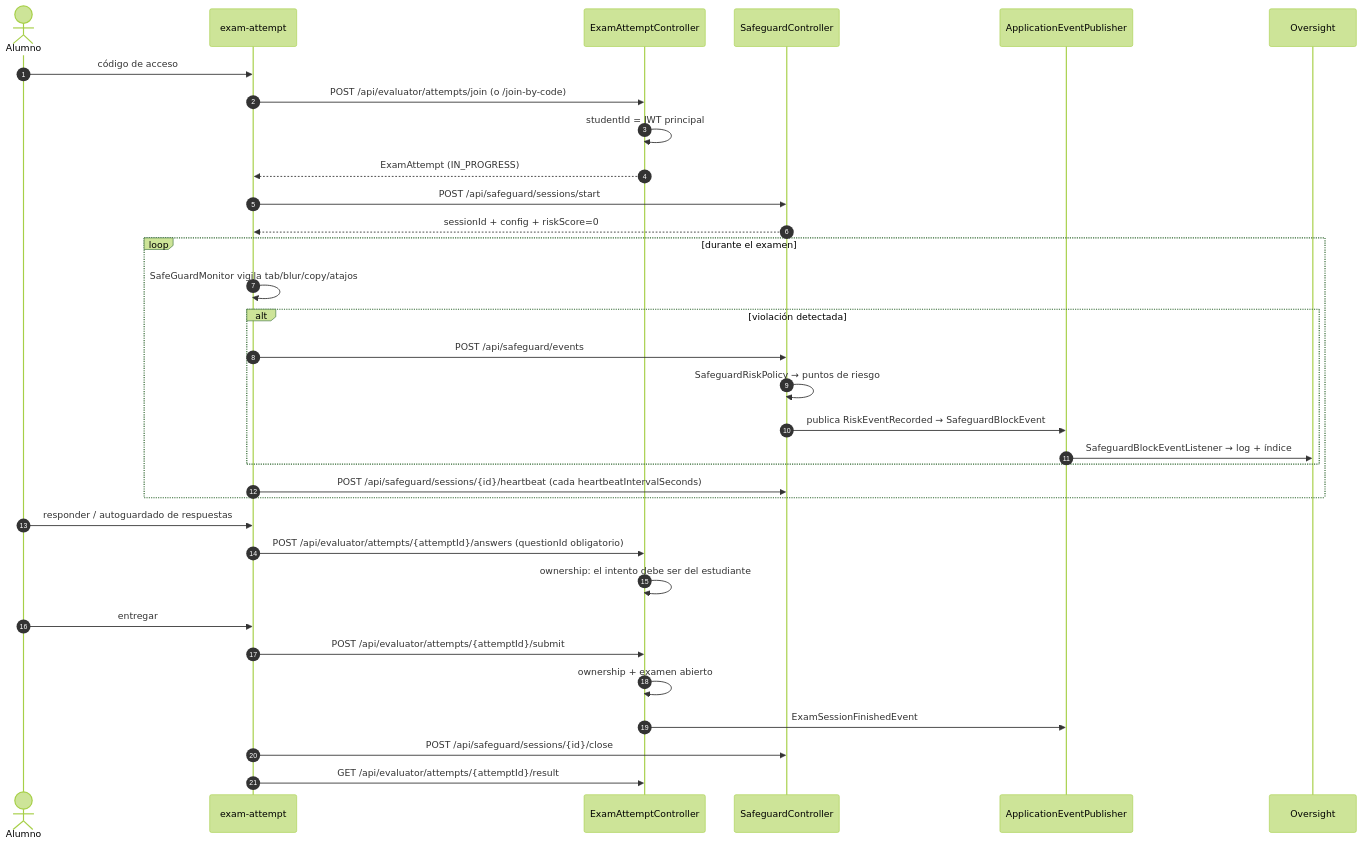
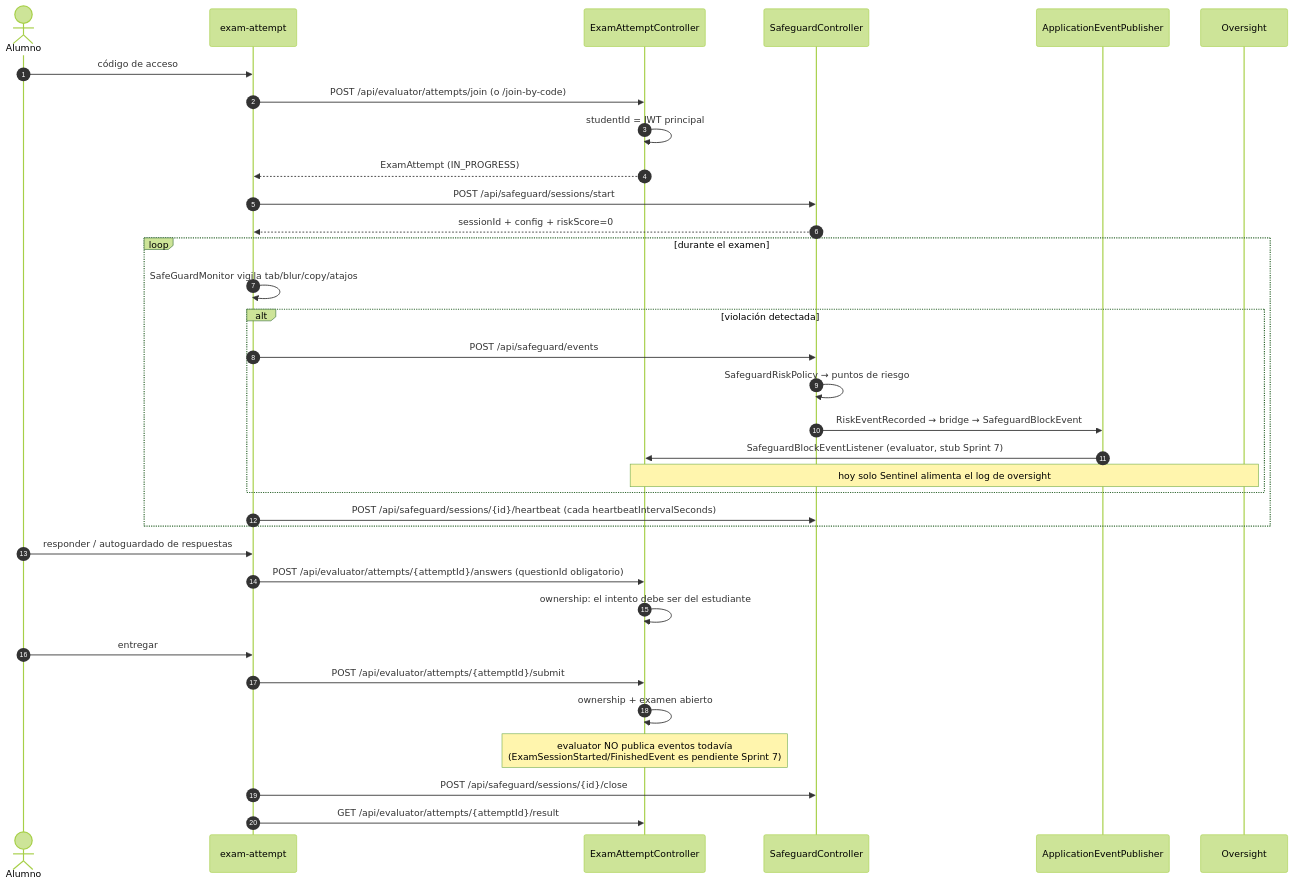
The fourth of 11 diagrams in FLOW.md (Cesar-Plyed/cidem-project), drawn with Mermaid (forest theme) before and after one commit. The commit also changed other lines of this file and 2 other files, not shown here.

````diff
--- a/FLOW.md
+++ b/FLOW.md
@@ -182,36 +182,37 @@
 ```mermaid
 sequenceDiagram
     autonumber
     actor S as Alumno
     participant FE as exam-attempt
     participant EV as ExamAttemptController
     participant SG as SafeguardController
     participant BUS as ApplicationEventPublisher
     participant OV as Oversight
 
     S->>FE: código de acceso
     FE->>EV: POST /api/evaluator/attempts/join (o /join-by-code)
     EV->>EV: studentId = JWT principal
     EV-->>FE: ExamAttempt (IN_PROGRESS)
     FE->>SG: POST /api/safeguard/sessions/start
     SG-->>FE: sessionId + config + riskScore=0
     loop durante el examen
         FE->>FE: SafeGuardMonitor vigila tab/blur/copy/atajos
         alt violación detectada
             FE->>SG: POST /api/safeguard/events
             SG->>SG: SafeguardRiskPolicy → puntos de riesgo
-            SG->>BUS: publica RiskEventRecorded → SafeguardBlockEvent
-            BUS->>OV: SafeguardBlockEventListener → log + índice
+            SG->>BUS: RiskEventRecorded → bridge → SafeguardBlockEvent
+            BUS->>EV: SafeguardBlockEventListener (evaluator, stub Sprint 7)
+            Note over EV,OV: hoy solo Sentinel alimenta el log de oversight
         end
         FE->>SG: POST /api/safeguard/sessions/{id}/heartbeat (cada heartbeatIntervalSeconds)
     end
     S->>FE: responder / autoguardado de respuestas
     FE->>EV: POST /api/evaluator/attempts/{attemptId}/answers (questionId obligatorio)
     EV->>EV: ownership: el intento debe ser del estudiante
     S->>FE: entregar
     FE->>EV: POST /api/evaluator/attempts/{attemptId}/submit
     EV->>EV: ownership + examen abierto
-    EV->>BUS: ExamSessionFinishedEvent
+    Note over EV: evaluator NO publica eventos todavía<br/>(ExamSessionStarted/FinishedEvent es pendiente Sprint 7)
     FE->>SG: POST /api/safeguard/sessions/{id}/close
     FE->>EV: GET /api/evaluator/attempts/{attemptId}/result
 ```
````
